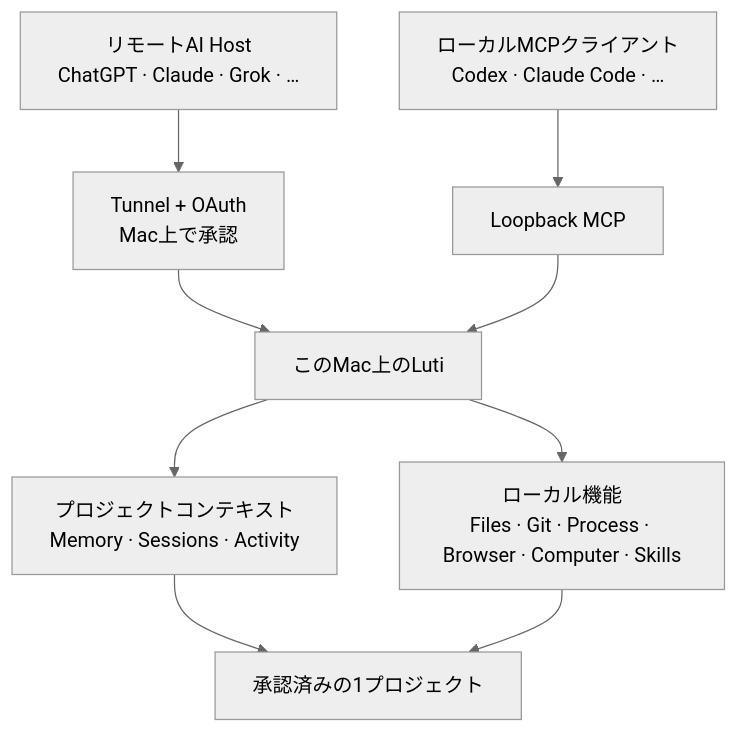
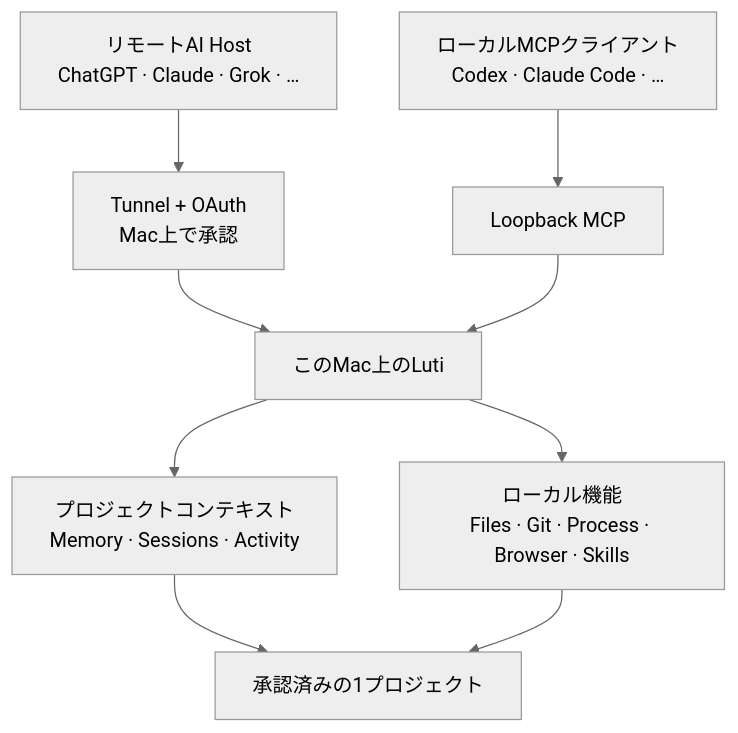
Before and after one commit to boltguo/Luti: the diagram in README.ja.md, drawn with Mermaid (neutral theme). The commit also changed other lines of this file and 52 other files, not shown here.

````diff
--- a/README.ja.md
+++ b/README.ja.md
@@ -27,16 +27,16 @@
 ```mermaid
 flowchart TB
     remote["リモートAI Host<br/>ChatGPT · Claude · Grok · …"]
     local["ローカルMCPクライアント<br/>Codex · Claude Code · …"]
     tunnel["Tunnel + OAuth<br/>Mac上で承認"]
     loopback["Loopback MCP"]
     luti["このMac上のLuti"]
     context["プロジェクトコンテキスト<br/>Memory · Sessions · Activity"]
-    tools["ローカル機能<br/>Files · Git · Process · Browser · Computer · Skills"]
+    tools["ローカル機能<br/>Files · Git · Process · Browser · Skills"]
     project["承認済みの1プロジェクト"]
 
     remote --> tunnel --> luti
     local --> loopback --> luti
     luti --> context --> project
     luti --> tools --> project
 ```
````
